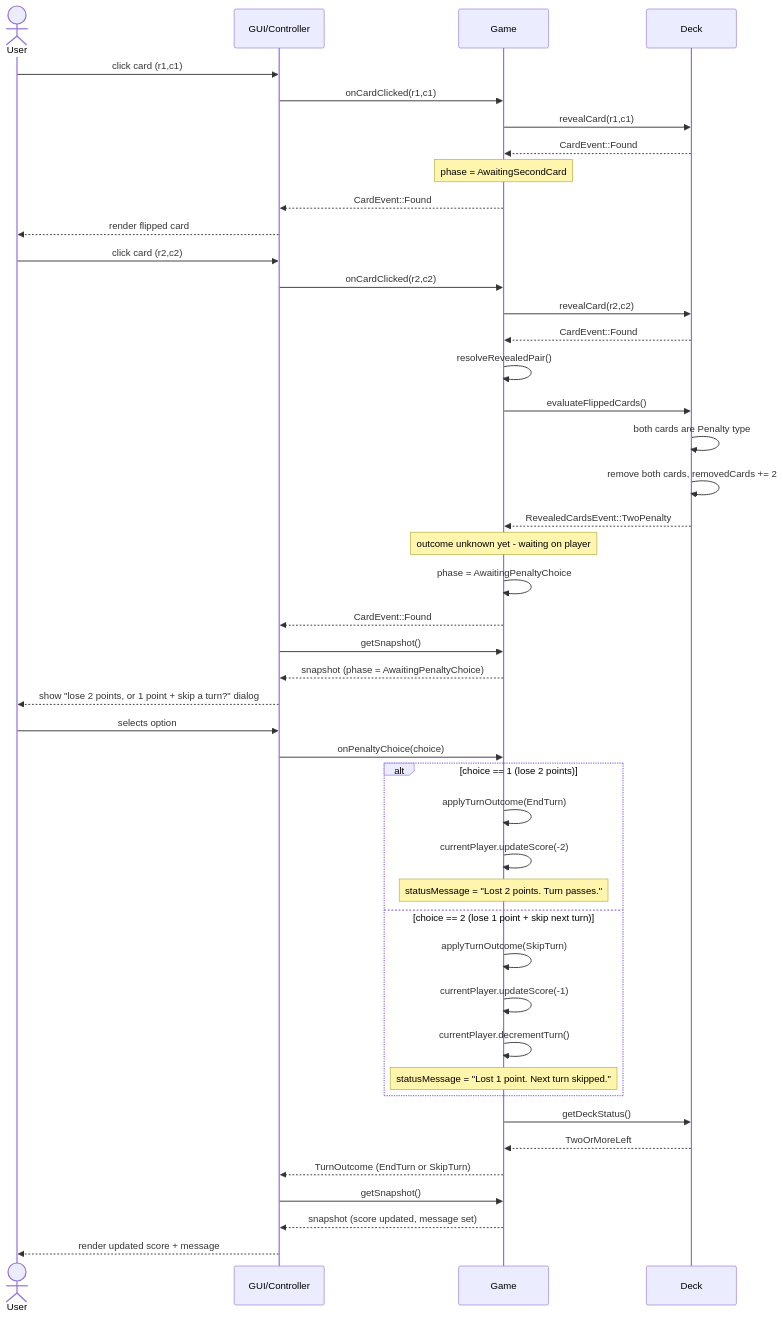
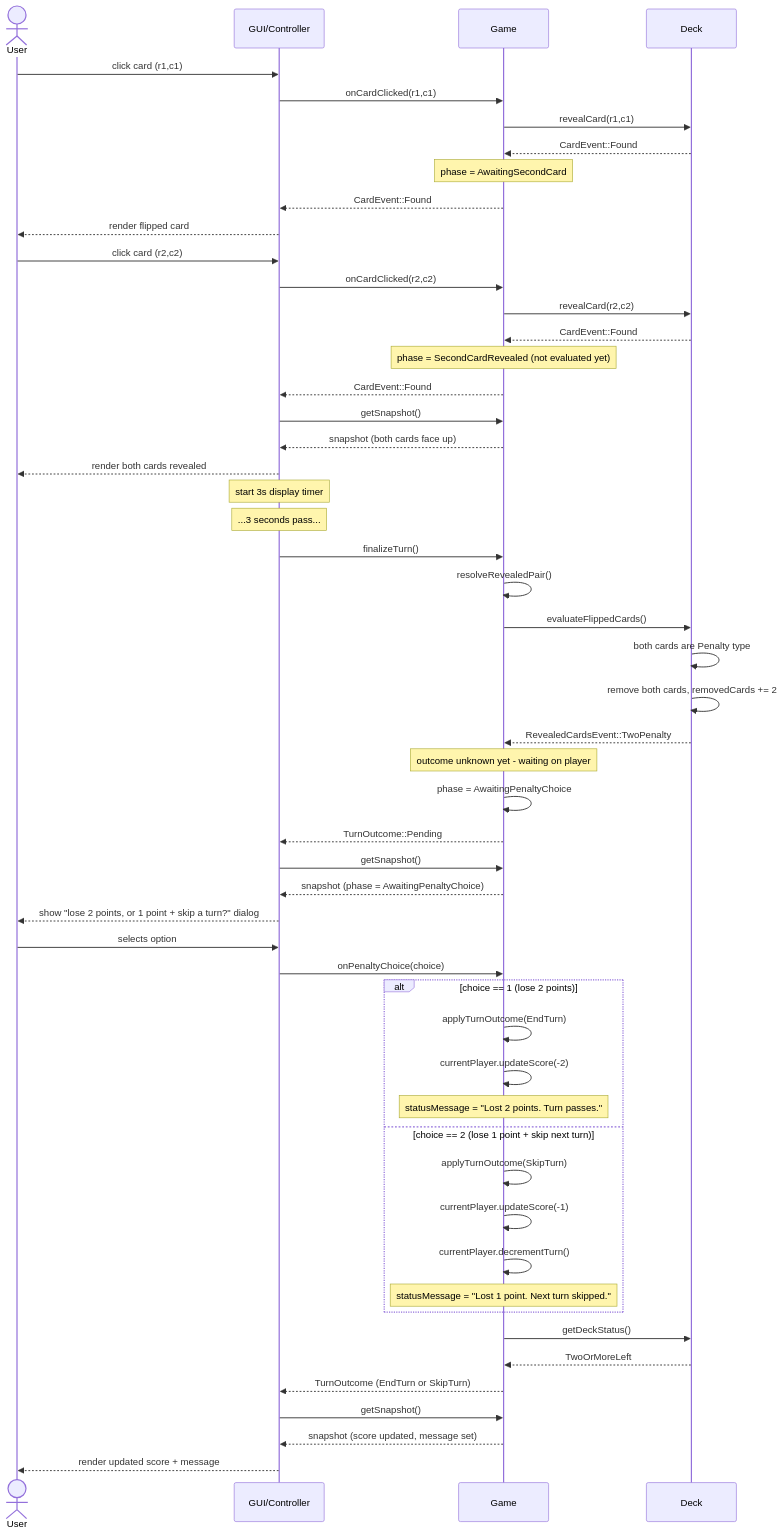
One commit to ahmed-marie/INCS101-Project-V2 changed the eighth of 8 diagrams in docs/ARCHITECTURE.md. Above: the diagram before and after it, drawn with Mermaid. The commit also changed other lines of this file and 8 other files, not shown here.

````diff
--- a/docs/ARCHITECTURE.md
+++ b/docs/ARCHITECTURE.md
@@ -353,52 +474,61 @@
 ```mermaid
 sequenceDiagram
     actor U as User
     participant GUI as GUI/Controller
     participant G as Game
     participant D as Deck
 
     U->>GUI: click card (r1,c1)
     GUI->>G: onCardClicked(r1,c1)
     G->>D: revealCard(r1,c1)
     D-->>G: CardEvent::Found
     Note over G: phase = AwaitingSecondCard
     G-->>GUI: CardEvent::Found
     GUI-->>U: render flipped card
 
     U->>GUI: click card (r2,c2)
     GUI->>G: onCardClicked(r2,c2)
     G->>D: revealCard(r2,c2)
     D-->>G: CardEvent::Found
+    Note over G: phase = SecondCardRevealed (not evaluated yet)
+    G-->>GUI: CardEvent::Found
+    GUI->>G: getSnapshot()
+    G-->>GUI: snapshot (both cards face up)
+    GUI-->>U: render both cards revealed
+    Note over GUI: start 3s display timer
+
+    Note over GUI: ...3 seconds pass...
+    GUI->>G: finalizeTurn()
     G->>G: resolveRevealedPair()
     G->>D: evaluateFlippedCards()
     D->>D: both cards are Penalty type
     D->>D: remove both cards, removedCards += 2
     D-->>G: RevealedCardsEvent::TwoPenalty
     Note over G: outcome unknown yet - waiting on player
     G->>G: phase = AwaitingPenaltyChoice
-    G-->>GUI: CardEvent::Found
+    G-->>GUI: TurnOutcome::Pending
     GUI->>G: getSnapshot()
     G-->>GUI: snapshot (phase = AwaitingPenaltyChoice)
     GUI-->>U: show "lose 2 points, or 1 point + skip a turn?" dialog
 
     U->>GUI: selects option
     GUI->>G: onPenaltyChoice(choice)
 
     alt choice == 1 (lose 2 points)
         G->>G: applyTurnOutcome(EndTurn)
         G->>G: currentPlayer.updateScore(-2)
         Note over G: statusMessage = "Lost 2 points. Turn passes."
     else choice == 2 (lose 1 point + skip next turn)
         G->>G: applyTurnOutcome(SkipTurn)
         G->>G: currentPlayer.updateScore(-1)
         G->>G: currentPlayer.decrementTurn()
         Note over G: statusMessage = "Lost 1 point. Next turn skipped."
     end
 
     G->>D: getDeckStatus()
     D-->>G: TwoOrMoreLeft
     G-->>GUI: TurnOutcome (EndTurn or SkipTurn)
     GUI->>G: getSnapshot()
     G-->>GUI: snapshot (score updated, message set)
     GUI-->>U: render updated score + message
 ```
````
